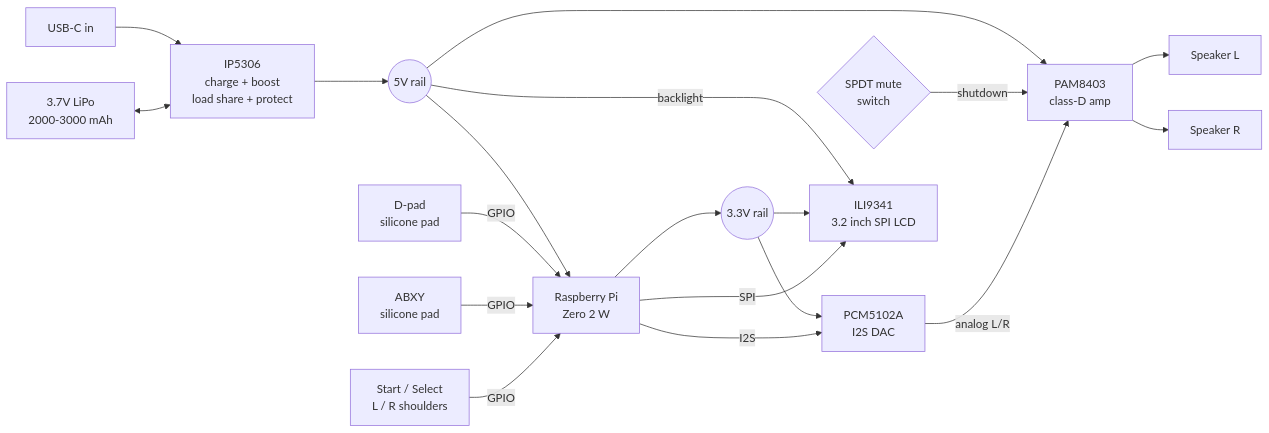
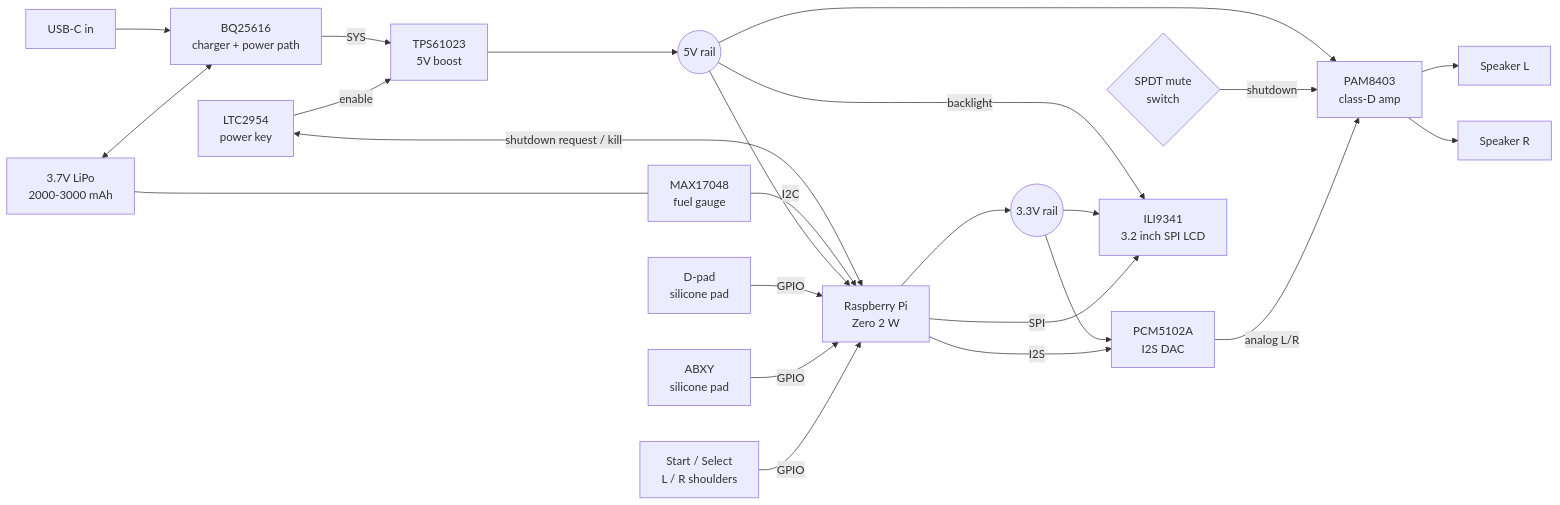
One commit to spudger/marathon changed the diagram in README.md. Above: the diagram before and after it, drawn with Mermaid. The commit also changed other lines of this file and 5 other files, not shown here.

````diff
--- a/README.md
+++ b/README.md
@@ -36,37 +36,45 @@
 ```mermaid
 flowchart LR
     USBC[USB-C in]
     BAT[3.7V LiPo<br/>2000-3000 mAh]
-    IP5306[IP5306<br/>charge + boost<br/>load share + protect]
+    CHG[BQ25616<br/>charger + power path]
+    BOOST[TPS61023<br/>5V boost]
+    KEY[LTC2954<br/>power key]
+    GAUGE[MAX17048<br/>fuel gauge]
     V5((5V rail))
     V33((3.3V rail))
     PI[Raspberry Pi<br/>Zero 2 W]
     MUTE{SPDT mute<br/>switch}
     PAM[PAM8403<br/>class-D amp]
     DAC[PCM5102A<br/>I2S DAC]
     LCD[ILI9341<br/>3.2 inch SPI LCD]
     SPK1[Speaker L]
     SPK2[Speaker R]
     DPAD[D-pad<br/>silicone pad]
     ABXY[ABXY<br/>silicone pad]
     TACT[Start / Select<br/>L / R shoulders]
 
-    USBC --> IP5306
-    BAT <--> IP5306
-    IP5306 --> V5
+    USBC --> CHG
+    BAT <--> CHG
+    CHG -->|SYS| BOOST
+    BOOST --> V5
+    KEY -->|enable| BOOST
+    KEY <-->|shutdown request / kill| PI
+    BAT --- GAUGE
+    GAUGE -->|I2C| PI
     V5 --> PI
     V5 --> PAM
     MUTE -->|shutdown| PAM
     V5 -->|backlight| LCD
     PI --> V33
     V33 --> LCD
     V33 --> DAC
     PI -->|SPI| LCD
     PI -->|I2S| DAC
     DAC -->|analog L/R| PAM
     PAM --> SPK1
     PAM --> SPK2
     DPAD -->|GPIO| PI
     ABXY -->|GPIO| PI
     TACT -->|GPIO| PI
 ```
````
